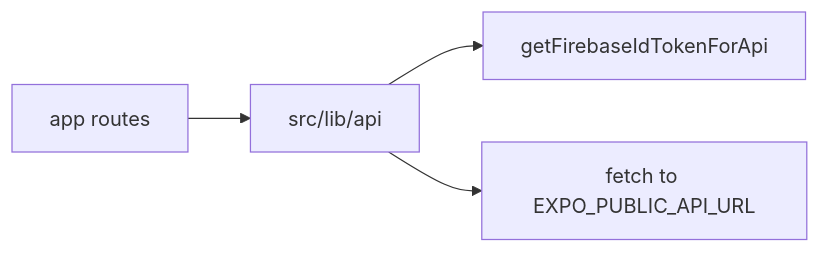
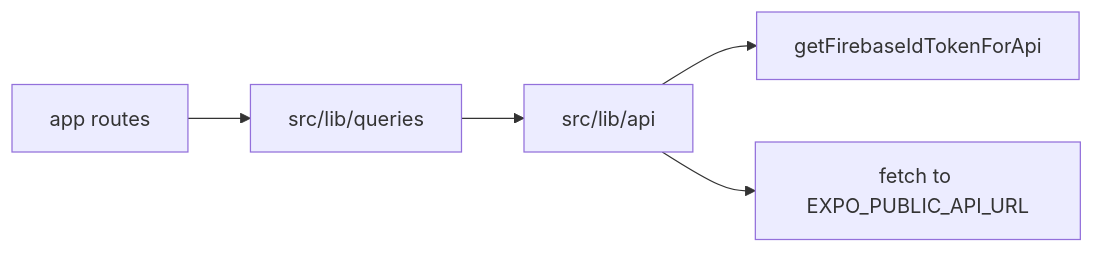
Before and after one commit to RAJR-Software-LLC/calorie-tracker: the diagram in docs/architecture.md, drawn with Mermaid. The commit also changed other lines of this file and 61 other files, not shown here.

````diff
--- a/docs/architecture.md
+++ b/docs/architecture.md
@@ -13,10 +13,12 @@
 ```mermaid
 flowchart LR
   Screens[app routes]
+  Queries[src/lib/queries]
   Api[src/lib/api]
   Token[getFirebaseIdTokenForApi]
   Http[fetch to EXPO_PUBLIC_API_URL]
-  Screens --> Api
+  Screens --> Queries
+  Queries --> Api
   Api --> Token
   Api --> Http
 ```
````
